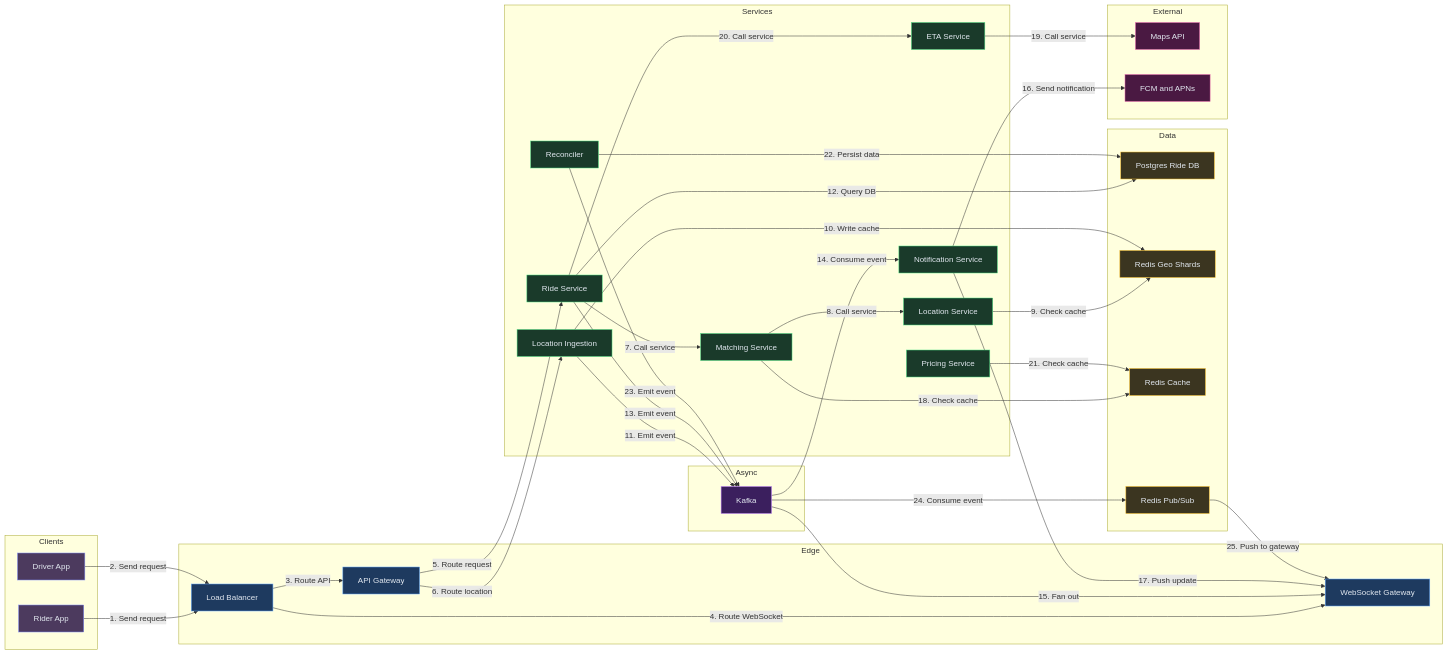
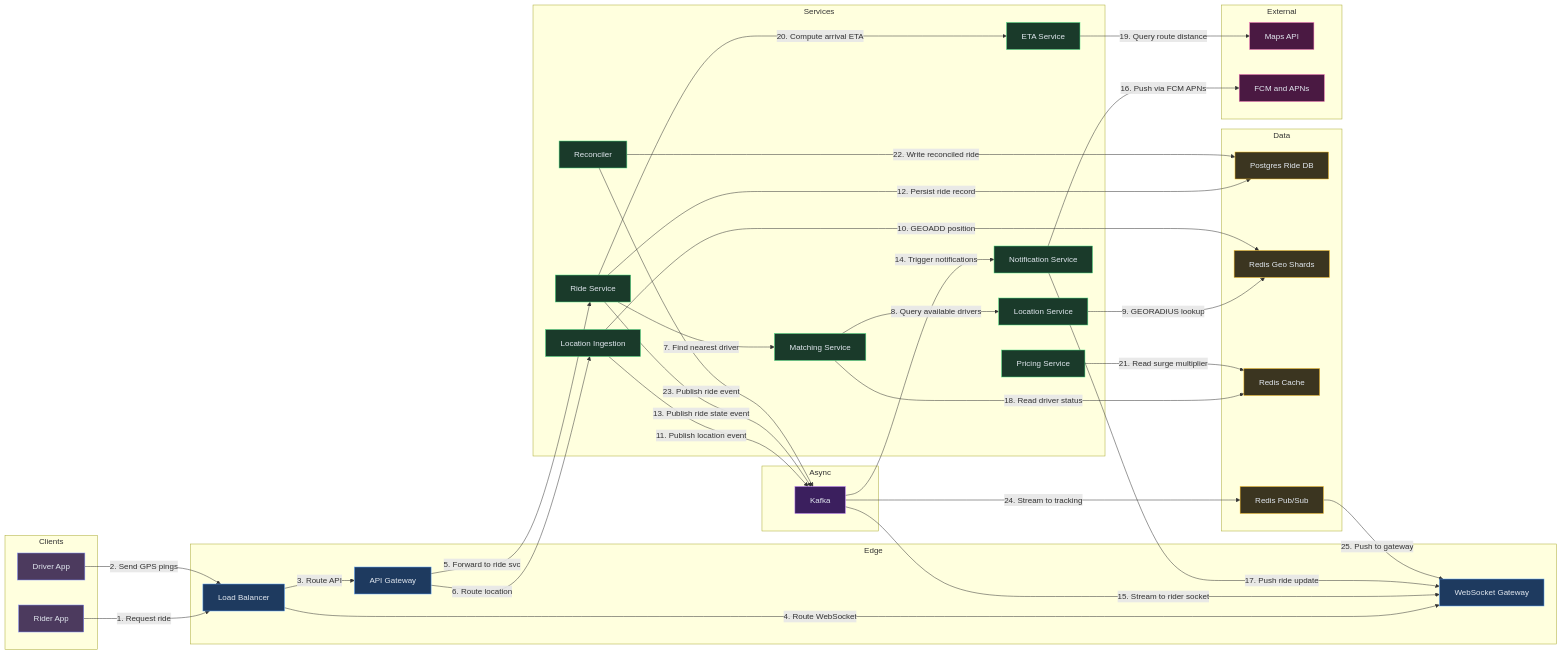
Diagram 11 of 11 in content/hld/Uber.md (iluzn/HLD-Designs), drawn with Mermaid before and after one commit. The commit also changed other lines of this file and 27 other files, not shown here.

````diff
--- a/content/hld/Uber.md
+++ b/content/hld/Uber.md
@@ -660,73 +660,73 @@
 ```mermaid
 flowchart LR
     subgraph Clients
         RA["Rider App"]:::client
         DA["Driver App"]:::client
     end
 
     subgraph Edge
         LB["Load Balancer"]:::edge
         GW["API Gateway"]:::edge
         WSG["WebSocket Gateway"]:::edge
     end
 
     subgraph Services
         RS["Ride Service"]:::service
         MS["Matching Service"]:::service
         LI["Location Ingestion"]:::service
         LS["Location Service"]:::service
         NS["Notification Service"]:::service
         PS["Pricing Service"]:::service
         ETA["ETA Service"]:::service
         REC["Reconciler"]:::service
     end
 
     subgraph Async
         KF["Kafka"]:::async
     end
 
     subgraph Data
         PG["Postgres Ride DB"]:::data
         RG["Redis Geo Shards"]:::data
         RC["Redis Cache"]:::data
         RPS["Redis Pub/Sub"]:::data
     end
 
     subgraph External
         MAPS["Maps API"]:::external
         FCM["FCM and APNs"]:::external
     end
 
-    RA -->|"1. Send request"| LB
-    DA -->|"2. Send request"| LB
+    RA -->|"1. Request ride"| LB
+    DA -->|"2. Send GPS pings"| LB
     LB -->|"3. Route API"| GW
     LB -->|"4. Route WebSocket"| WSG
-    GW -->|"5. Route request"| RS
+    GW -->|"5. Forward to ride svc"| RS
     GW -->|"6. Route location"| LI
-    RS -->|"7. Call service"| MS
-    MS -->|"8. Call service"| LS
-    LS -->|"9. Check cache"| RG
-    LI -->|"10. Write cache"| RG
-    LI -->|"11. Emit event"| KF
-    RS -->|"12. Query DB"| PG
-    RS -->|"13. Emit event"| KF
-    KF -->|"14. Consume event"| NS
-    KF -->|"15. Fan out"| WSG
-    NS -->|"16. Send notification"| FCM
-    NS -->|"17. Push update"| WSG
-    MS -->|"18. Check cache"| RC
-    ETA -->|"19. Call service"| MAPS
-    RS -->|"20. Call service"| ETA
-    PS -->|"21. Check cache"| RC
-    REC -->|"22. Persist data"| PG
-    REC -->|"23. Emit event"| KF
-    KF -->|"24. Consume event"| RPS
+    RS -->|"7. Find nearest driver"| MS
+    MS -->|"8. Query available drivers"| LS
+    LS -->|"9. GEORADIUS lookup"| RG
+    LI -->|"10. GEOADD position"| RG
+    LI -->|"11. Publish location event"| KF
+    RS -->|"12. Persist ride record"| PG
+    RS -->|"13. Publish ride state event"| KF
+    KF -->|"14. Trigger notifications"| NS
+    KF -->|"15. Stream to rider socket"| WSG
+    NS -->|"16. Push via FCM APNs"| FCM
+    NS -->|"17. Push ride update"| WSG
+    MS -->|"18. Read driver status"| RC
+    ETA -->|"19. Query route distance"| MAPS
+    RS -->|"20. Compute arrival ETA"| ETA
+    PS -->|"21. Read surge multiplier"| RC
+    REC -->|"22. Write reconciled ride"| PG
+    REC -->|"23. Publish ride event"| KF
+    KF -->|"24. Stream to tracking"| RPS
     RPS -->|"25. Push to gateway"| WSG
 
     classDef client fill:#4c3a5e,stroke:#818cf8,color:#e2e8f0
     classDef edge fill:#1e3a5f,stroke:#60a5fa,color:#e2e8f0
     classDef service fill:#1a3a2a,stroke:#4ade80,color:#e2e8f0
     classDef async fill:#3b1f5e,stroke:#c084fc,color:#e2e8f0
     classDef data fill:#3b3520,stroke:#fbbf24,color:#e2e8f0
     classDef external fill:#4a1942,stroke:#f472b6,color:#e2e8f0
 ```
````
